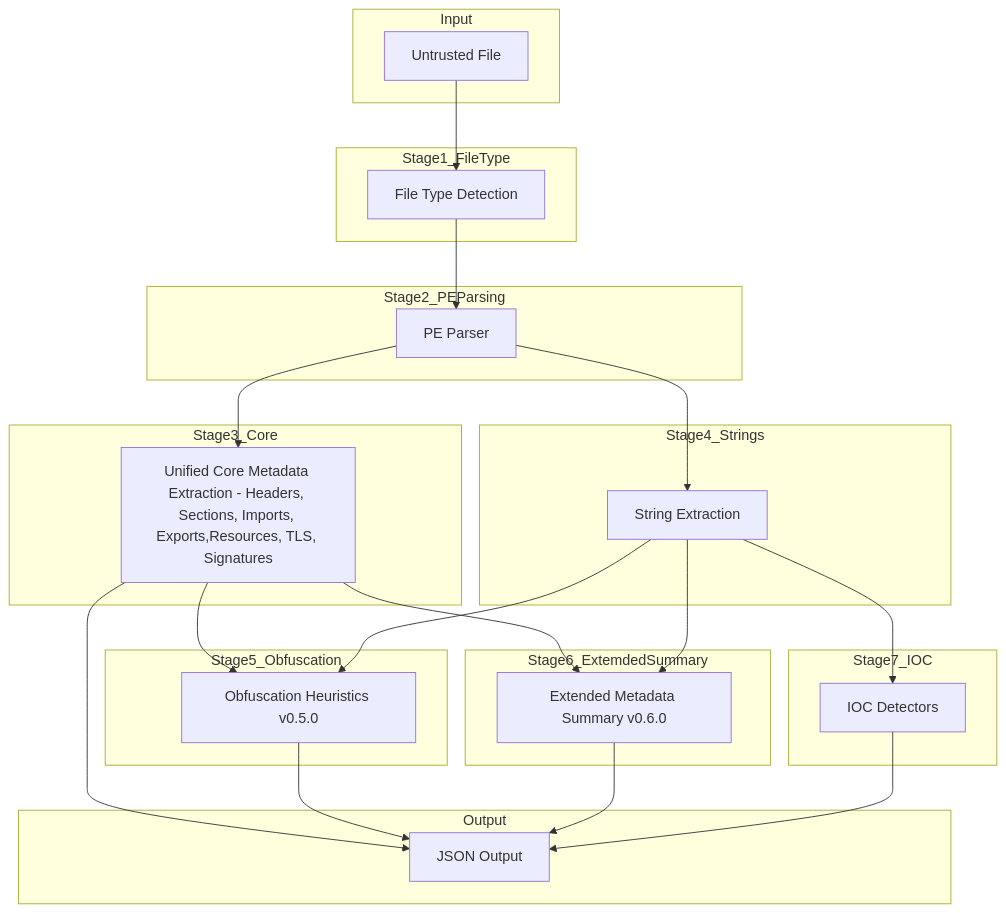
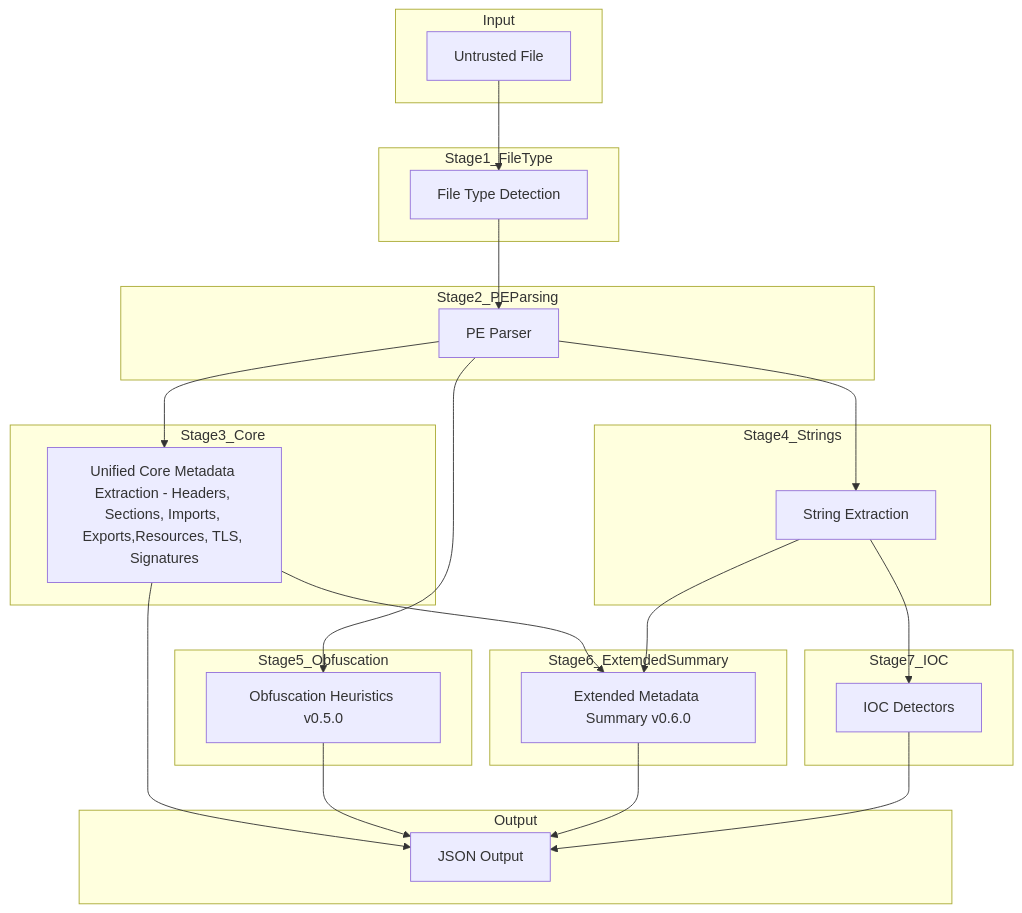
The diagram in docs/pe-pipeline.md (iocx-dev/iocx), drawn with Mermaid before and after one commit.

Commit message:
Slight change to control flow

````diff
--- a/docs/pe-pipeline.md
+++ b/docs/pe-pipeline.md
@@ -33,58 +33,57 @@
 ```mermaid
 flowchart TD
 
     subgraph Input
         F[Untrusted File]
     end
 
     subgraph Stage1_FileType
         MAGIC[File Type Detection]
     end
 
     subgraph Stage2_PEParsing
         PE[PE Parser]
     end
 
     subgraph Stage3_Core
         CORE[Unified Core Metadata Extraction - Headers, Sections, Imports, Exports,Resources, TLS, Signatures]
     end
 
     subgraph Stage4_Strings
         STR[String Extraction]
     end
 
     subgraph Stage5_Obfuscation
         OBF[Obfuscation Heuristics v0.5.0]
     end
 
     subgraph Stage6_ExtemdedSummary
         META6[Extended Metadata Summary v0.6.0]
     end
 
     subgraph Stage7_IOC
         DET[IOC Detectors]
     end
 
     subgraph Output
         OUT[JSON Output]
     end
 
     F --> MAGIC
     MAGIC --> PE
 
     PE --> CORE
     PE --> STR
 
-    CORE --> OBF
-    STR --> OBF
+    PE --> OBF
 
     CORE --> OUT
     STR --> DET
     OBF --> OUT
 
     CORE--> META6
     STR --> META6
     META6 --> OUT
 
     DET --> OUT
 ```
````
